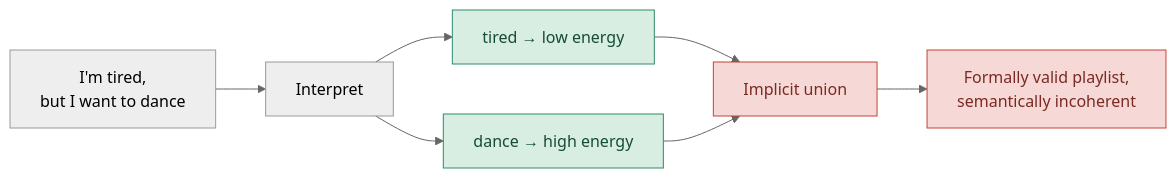
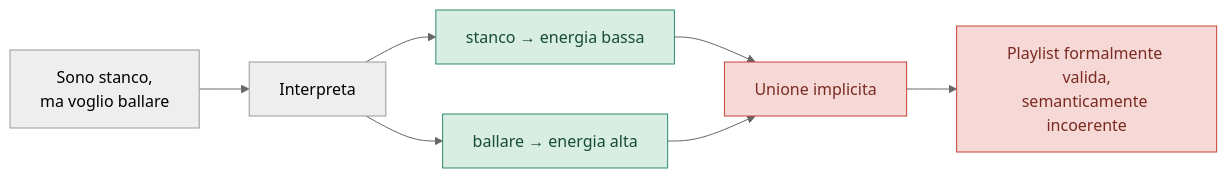
One commit to Rkomi98/MyBlog changed the third of 9 diagrams in files/AI Engineering/Multiagent SOTA 2026_en.md. Above: the diagram before and after it, drawn with Mermaid (neutral theme). The commit also changed other lines of this file and 17 other files, not shown here.

````diff
--- a/files/AI Engineering/Multiagent SOTA 2026_en.md
+++ b/files/AI Engineering/Multiagent SOTA 2026_en.md
@@ -163,14 +154,14 @@
 ```mermaid
 flowchart LR
-    P["I'm tired,<br/>but I want to dance"] --> I[Interpret]
-    I --> S1[tired → low energy]
-    I --> S2[dance → high energy]
-    S1 --> C[Implicit union]
+    P["Sono stanco,<br/>ma voglio ballare"] --> I[Interpreta]
+    I --> S1[stanco → energia bassa]
+    I --> S2[ballare → energia alta]
+    S1 --> C[Unione implicita]
     S2 --> C
-    C --> O[Formally valid playlist,<br/>semantically incoherent]
+    C --> O[Playlist formalmente valida,<br/>semanticamente incoerente]
 
     classDef ok fill:#D9EEE3,stroke:#2E8B6B,color:#164B36;
     classDef bad fill:#F6D9D6,stroke:#C64336,color:#7A2A22;
     class S1,S2 ok;
     class C,O bad;
 ```
````
